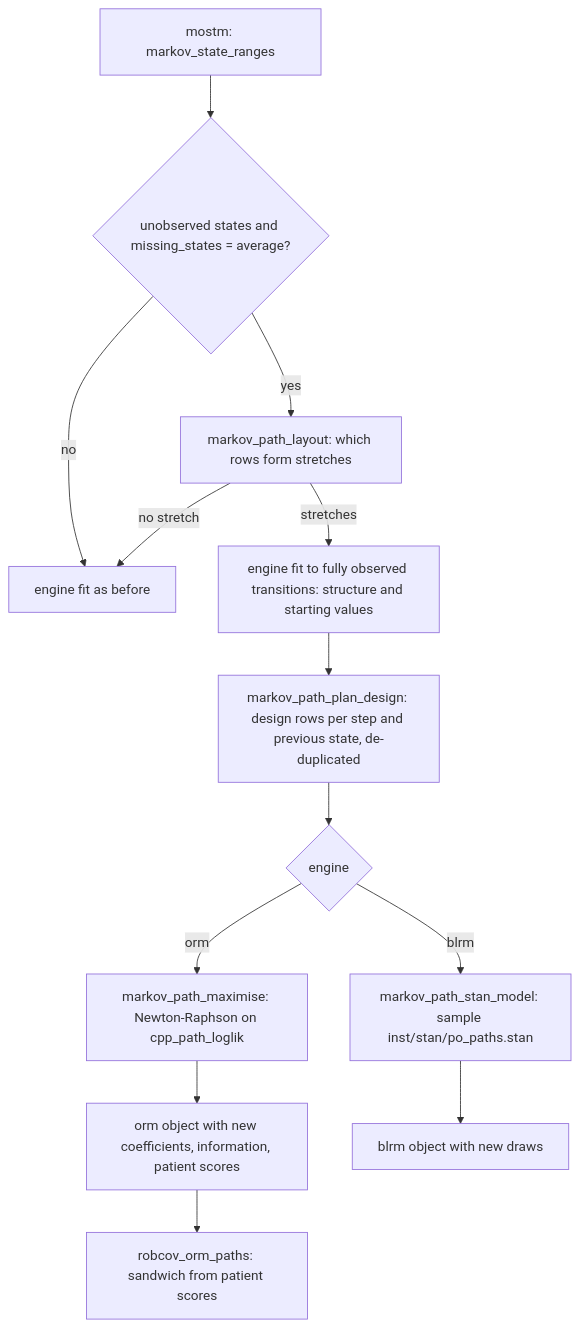
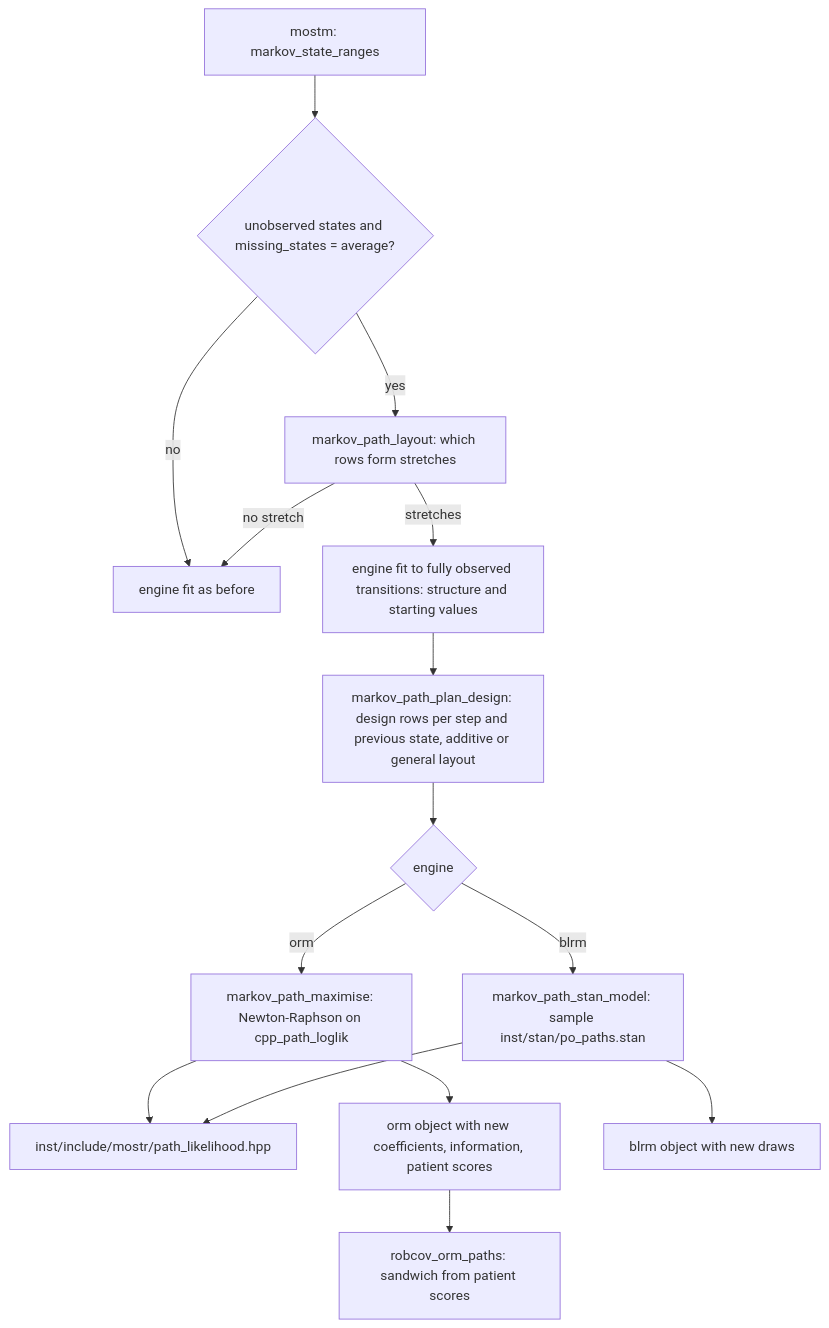
Before and after one commit to scjohannes/mostr: the third of 5 diagrams in ARCHITECTURE.md, drawn with Mermaid. The commit also changed other lines of this file and 20 other files, not shown here.

Commit message:
// Path likelihood without ties: analytic gradient for the Stan program from the shared C++ kernel, additive layout of design rows for the previous state

````diff
--- a/ARCHITECTURE.md
+++ b/ARCHITECTURE.md
@@ -554,15 +554,17 @@
 ```mermaid
 flowchart TD
     A[mostm: markov_state_ranges] --> B{unobserved states and missing_states = average?}
     B -->|no| C[engine fit as before]
     B -->|yes| L[markov_path_layout: which rows form stretches]
     L -->|no stretch| C
     L -->|stretches| D[engine fit to fully observed transitions: structure and starting values]
-    D --> E[markov_path_plan_design: design rows per step and previous state, de-duplicated]
+    D --> E[markov_path_plan_design: design rows per step and previous state, additive or general layout]
     E --> F{engine}
     F -->|orm| G[markov_path_maximise: Newton-Raphson on cpp_path_loglik]
     F -->|blrm| H[markov_path_stan_model: sample inst/stan/po_paths.stan]
+    G --> P[inst/include/mostr/path_likelihood.hpp]
+    H --> P
     G --> I[orm object with new coefficients, information, patient scores]
     H --> J[blrm object with new draws]
     I --> K[robcov_orm_paths: sandwich from patient scores]
 ```
````
